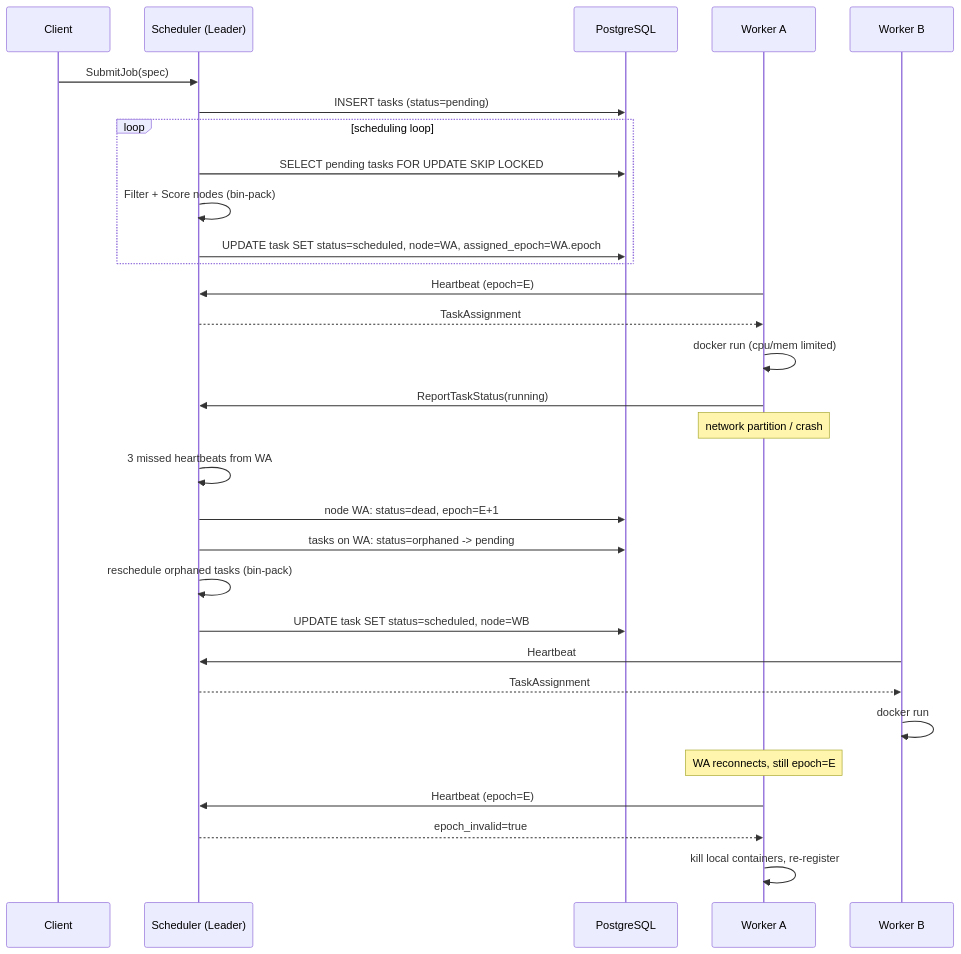
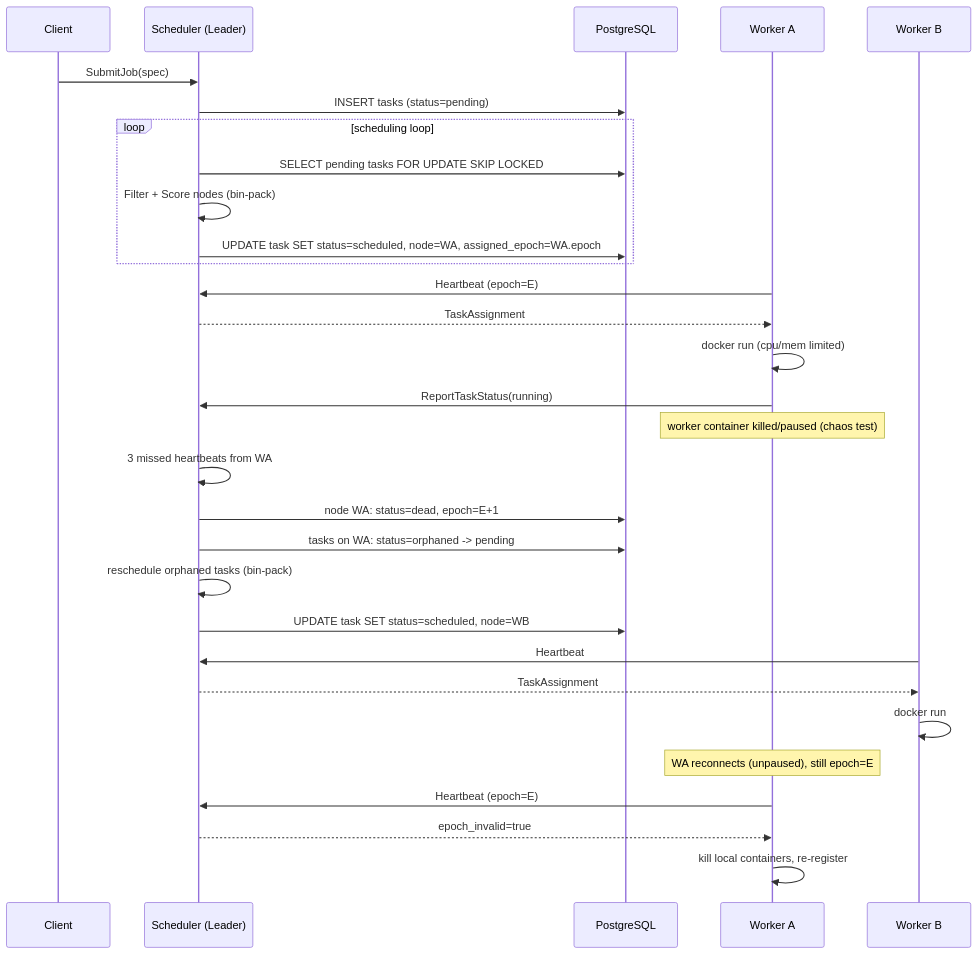
The third of 4 diagrams in IMPLEMENTATION_PLAN.md (AnishK05/arbiter-distributed-scheduler), drawn with Mermaid before and after one commit. The commit also changed other lines of this file and 1 other file, not shown here.

````diff
--- a/IMPLEMENTATION_PLAN.md
+++ b/IMPLEMENTATION_PLAN.md
@@ -386,33 +451,33 @@
 ```mermaid
 sequenceDiagram
     participant Client
     participant Leader as Scheduler (Leader)
     participant PG as PostgreSQL
     participant WA as Worker A
     participant WB as Worker B
 
     Client->>Leader: SubmitJob(spec)
     Leader->>PG: INSERT tasks (status=pending)
     loop scheduling loop
         Leader->>PG: SELECT pending tasks FOR UPDATE SKIP LOCKED
         Leader->>Leader: Filter + Score nodes (bin-pack)
         Leader->>PG: UPDATE task SET status=scheduled, node=WA, assigned_epoch=WA.epoch
     end
     WA->>Leader: Heartbeat (epoch=E)
     Leader-->>WA: TaskAssignment
     WA->>WA: docker run (cpu/mem limited)
     WA->>Leader: ReportTaskStatus(running)
-    Note over WA: network partition / crash
+    Note over WA: worker container killed/paused (chaos test)
     Leader->>Leader: 3 missed heartbeats from WA
     Leader->>PG: node WA: status=dead, epoch=E+1
     Leader->>PG: tasks on WA: status=orphaned -> pending
     Leader->>Leader: reschedule orphaned tasks (bin-pack)
     Leader->>PG: UPDATE task SET status=scheduled, node=WB
     WB->>Leader: Heartbeat
     Leader-->>WB: TaskAssignment
     WB->>WB: docker run
-    Note over WA: WA reconnects, still epoch=E
+    Note over WA: WA reconnects (unpaused), still epoch=E
     WA->>Leader: Heartbeat (epoch=E)
     Leader-->>WA: epoch_invalid=true
     WA->>WA: kill local containers, re-register
 ```
````
